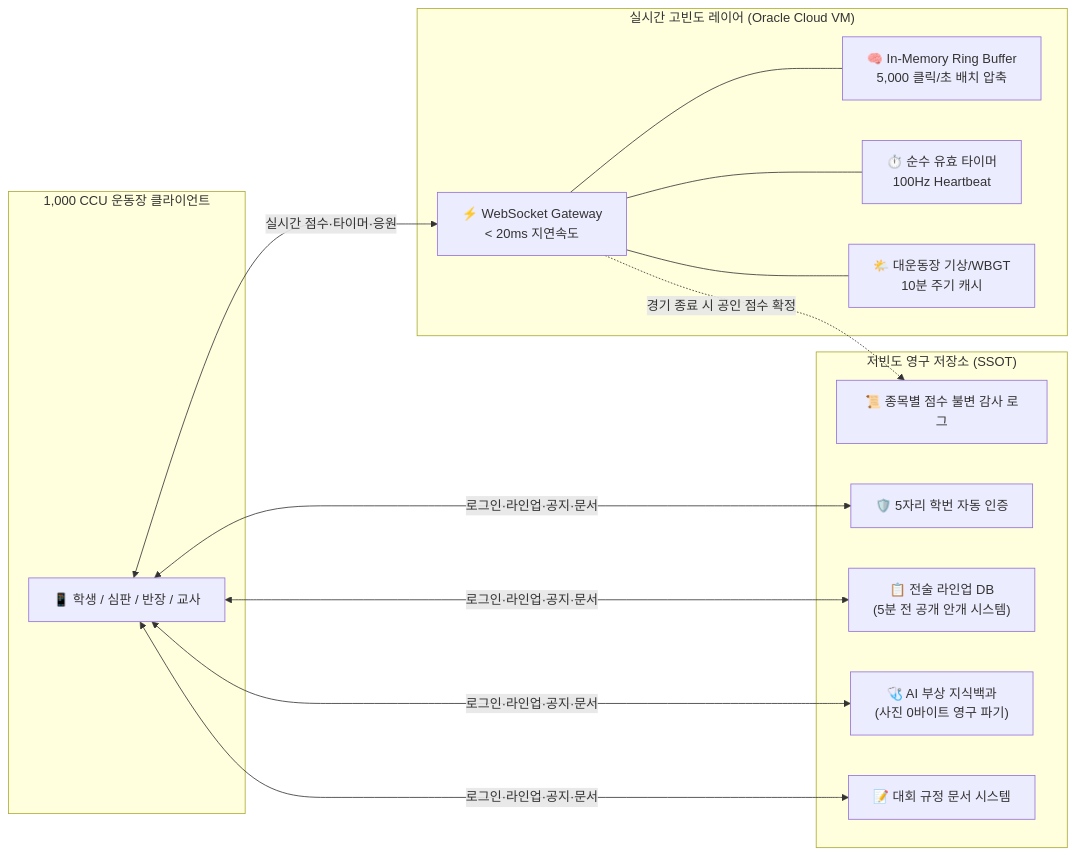
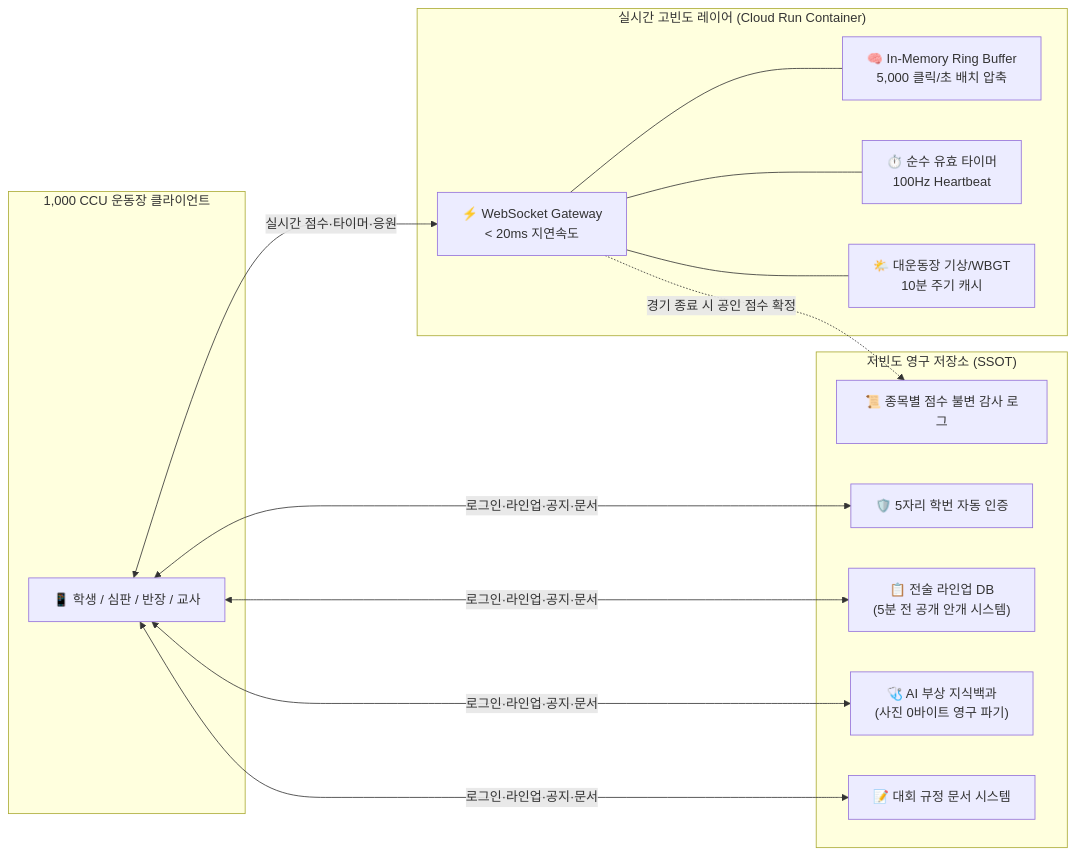
One commit to sshssmartlab46th/SMARTLAB_THE-CUP changed the diagram in README.md. Above: the diagram before and after it, drawn with Mermaid. The commit also changed other lines of this file and 4 other files, not shown here.

````diff
--- a/README.md
+++ b/README.md
@@ -238,29 +238,29 @@
 ```mermaid
 flowchart LR
     subgraph CLIENTS ["1,000 CCU 운동장 클라이언트"]
         U["📱 학생 / 심판 / 반장 / 교사"]
     end
 
-    subgraph FAST_LAYER ["실시간 고빈도 레이어 (Oracle Cloud VM)"]
+    subgraph FAST_LAYER ["실시간 고빈도 레이어 (Cloud Run Container)"]
         WS["⚡ WebSocket Gateway\n< 20ms 지연속도"]
         BUFFER["🧠 In-Memory Ring Buffer\n5,000 클릭/초 배치 압축"]
         TIMER["⏱️ 순수 유효 타이머\n100Hz Heartbeat"]
         WEATHER["🌤️ 대운동장 기상/WBGT\n10분 주기 캐시"]
     end
 
     subgraph STORAGE_LAYER ["저빈도 영구 저장소 (SSOT)"]
         AUTH["🛡️ 5자리 학번 자동 인증"]
         LINEUP["📋 전술 라인업 DB\n(5분 전 공개 안개 시스템)"]
         AUDIT["📜 종목별 점수 불변 감사 로그"]
         AI["🩺 AI 부상 지식백과\n(사진 0바이트 영구 파기)"]
         DOCS["📝 대회 규정 문서 시스템"]
     end
 
     U <--> |"실시간 점수·타이머·응원"| WS
     WS --- BUFFER
     WS --- TIMER
     WS --- WEATHER
 
     U <--> |"로그인·라인업·공지·문서"| AUTH & LINEUP & AI & DOCS
     WS -.-> |"경기 종료 시 공인 점수 확정"| AUDIT
 ```
````
